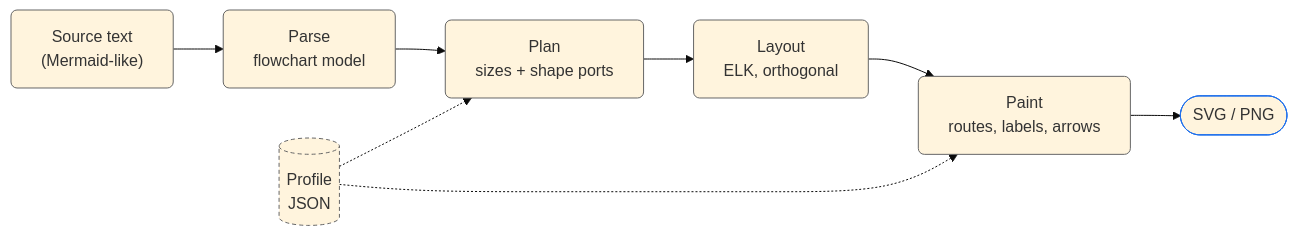
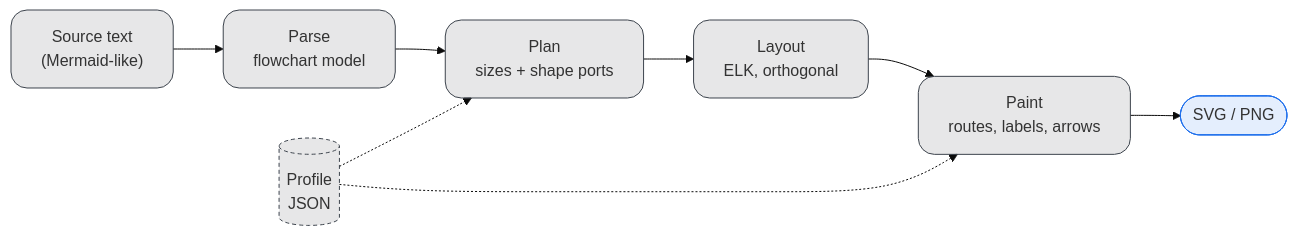
The first of 6 diagrams in README.md (nykonhrytsyshyn/rhumb), drawn with Mermaid (base theme) before and after one commit. The commit also changed other lines of this file and 4 other files, not shown here.

Commit message:
[ci-skip] Update diagram styles in documentation

````diff
--- a/README.md
+++ b/README.md
@@ -141,18 +124,18 @@
 ```mermaid
 flowchart LR
   S["Source text<br/>(Mermaid-like)"] --> P["Parse<br/>flowchart model"]
   P --> PL["Plan<br/>sizes + shape ports"]
   PL --> L["Layout<br/>ELK, orthogonal"]
   L --> D["Paint<br/>routes, labels, arrows"]
   D --> O(["SVG / PNG"])
   PF[("Profile<br/>JSON")] -.-> PL
   PF -.-> D
 
-  classDef stage  stroke:#666, rx:6, ry:6
-  classDef data   stroke:#666, stroke-dasharray:4 3
-  classDef result stroke:#1f6feb
+  classDef stage  filter:none, fill:#39363f1e, stroke:#3d444d, rx:16, ry:16
+  classDef data   filter:none, fill:#39363f1e, stroke:#3d444d, stroke-dasharray:4 3
+  classDef result filter:none, fill:#1f6feb1e, stroke:#1f6feb
 
   class S,P,PL,L,D stage
   class PF data
   class O result
 ```
````
